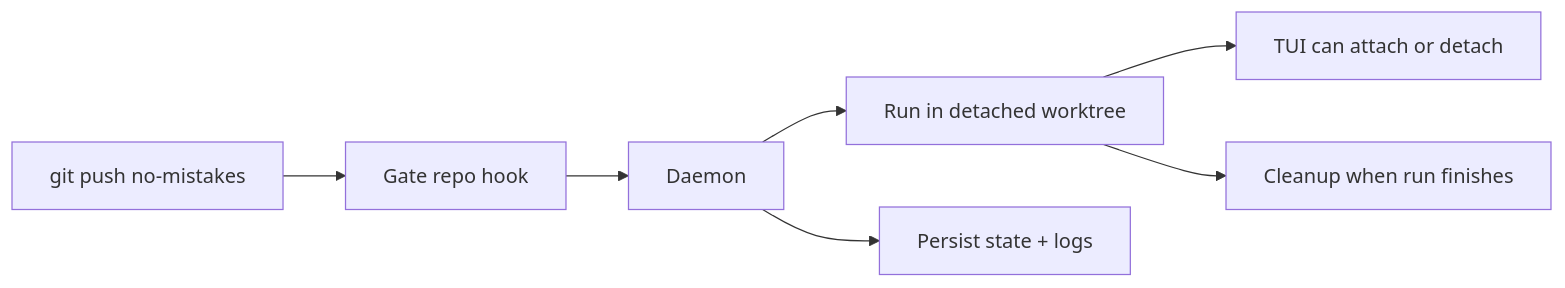
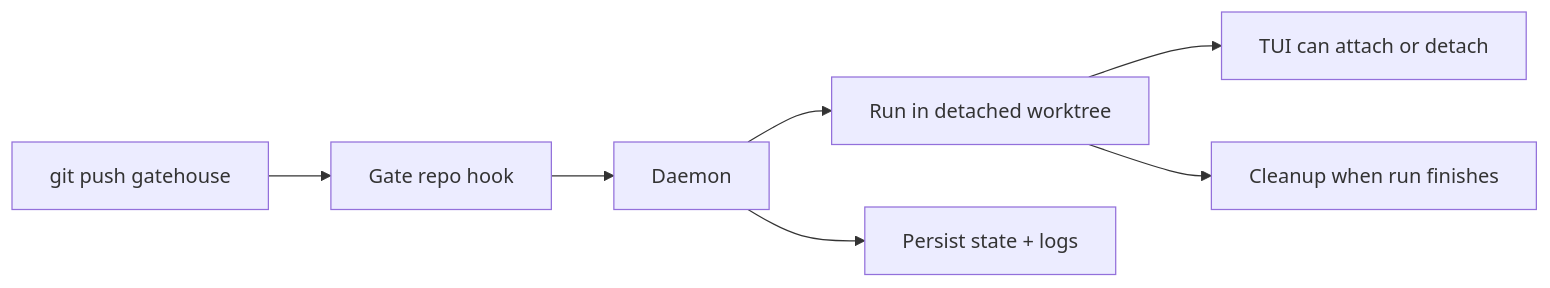
Before and after one commit to BertramPetersen/gatehouse: the diagram in docs/src/content/docs/concepts/daemon.md, drawn with Mermaid. The commit also changed other lines of this file and 545 other files, not shown here.

````diff
--- a/docs/src/content/docs/concepts/daemon.md
+++ b/docs/src/content/docs/concepts/daemon.md
@@ -21,8 +21,8 @@
 ```mermaid
 flowchart LR
-  push["git push no-mistakes"] --> gate["Gate repo hook"] --> daemon["Daemon"]
+  push["git push gatehouse"] --> gate["Gate repo hook"] --> daemon["Daemon"]
   daemon --> run["Run in detached worktree"]
   daemon --> state["Persist state + logs"]
   run --> tui["TUI can attach or detach"]
   run --> cleanup["Cleanup when run finishes"]
 ```
````
